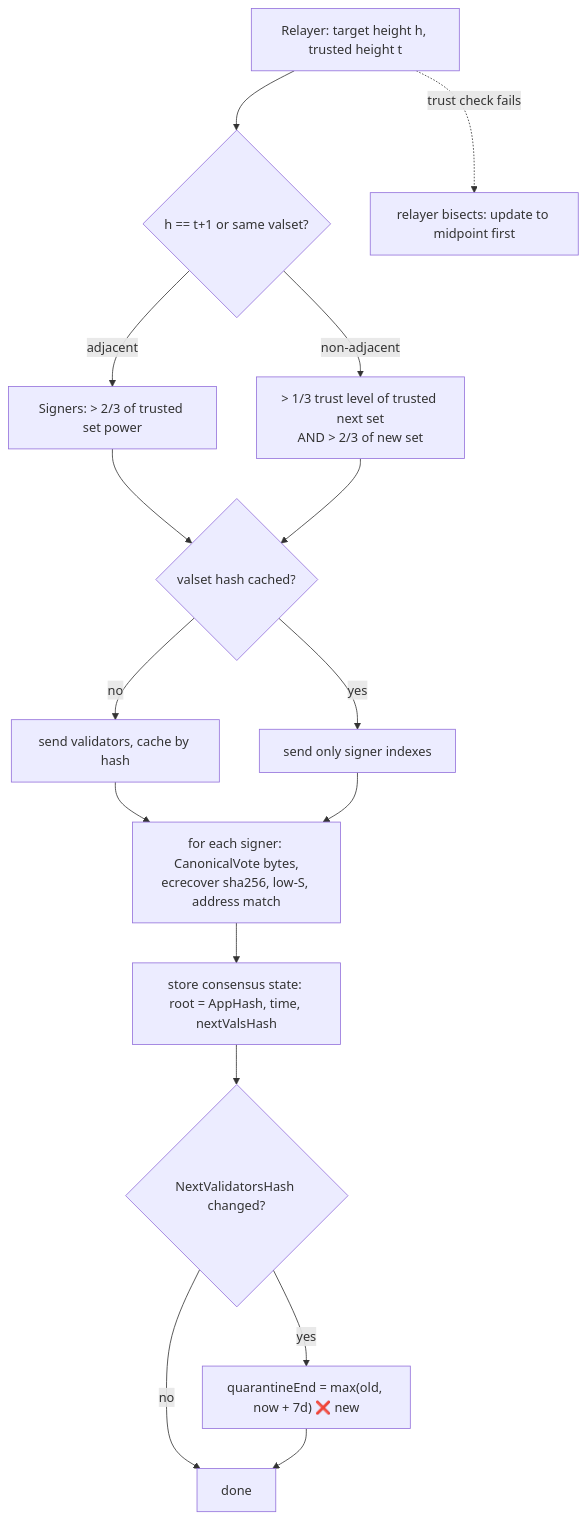
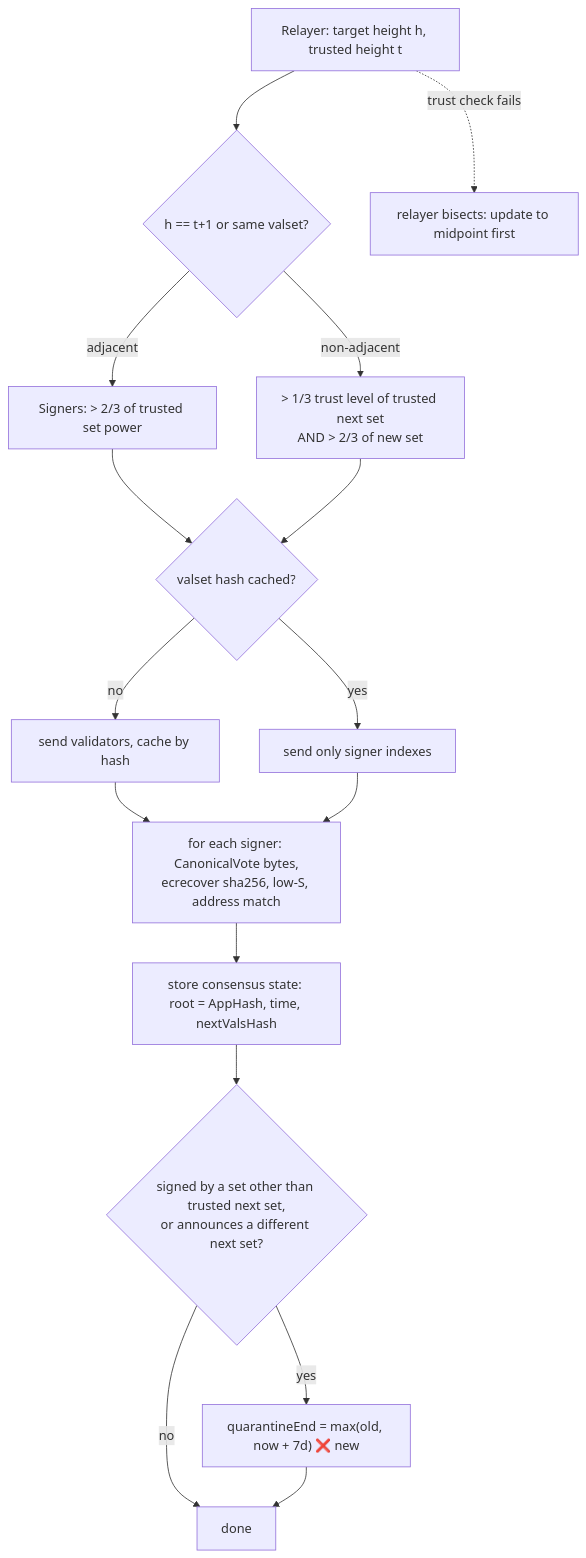
Before and after one commit to gnolang/gno: the fifth of 13 diagrams in gno.land/adr/prxxxx_ibc_ethereum.md, drawn with Mermaid. The commit also changed other lines of this file, not shown here.

````diff
--- a/gno.land/adr/prxxxx_ibc_ethereum.md
+++ b/gno.land/adr/prxxxx_ibc_ethereum.md
@@ -369,16 +391,16 @@
 ```mermaid
 flowchart TD
   H[Relayer: target height h, trusted height t] --> ADJ{h == t+1 or same valset?}
   ADJ -- adjacent --> V1[Signers: > 2/3 of trusted set power]
   ADJ -- non-adjacent --> V2[> 1/3 trust level of trusted next set<br/>AND > 2/3 of new set]
   V1 & V2 --> CACHE{valset hash cached?}
   CACHE -- no --> KEYS[send validators, cache by hash]
   CACHE -- yes --> NOKEYS[send only signer indexes]
   KEYS & NOKEYS --> SIG[for each signer: CanonicalVote bytes,<br/>ecrecover sha256, low-S, address match]
   SIG --> STORE[store consensus state: root = AppHash, time, nextValsHash]
-  STORE --> VCH{NextValidatorsHash changed?}
+  STORE --> VCH{signed by a set other than trusted next set,<br/>or announces a different next set?}
   VCH -- yes --> QUAR["quarantineEnd = max(old, now + 7d) ❌ new"]
   VCH -- no --> DONE[done]
   QUAR --> DONE
   H -. trust check fails .-> BIS[relayer bisects: update to midpoint first]
 ```
````
